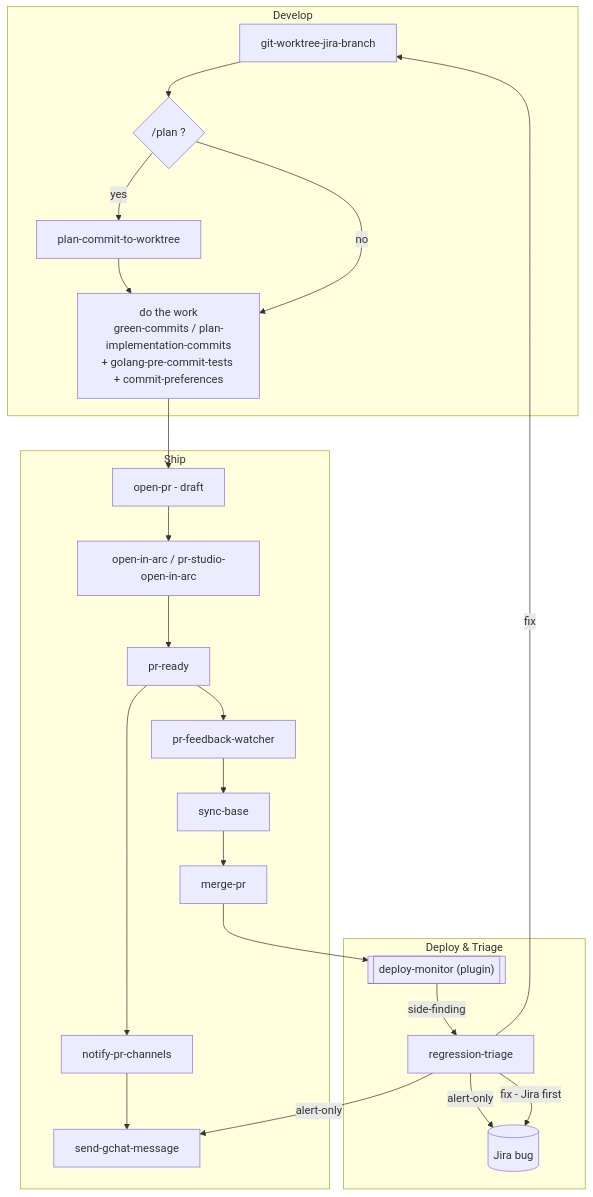
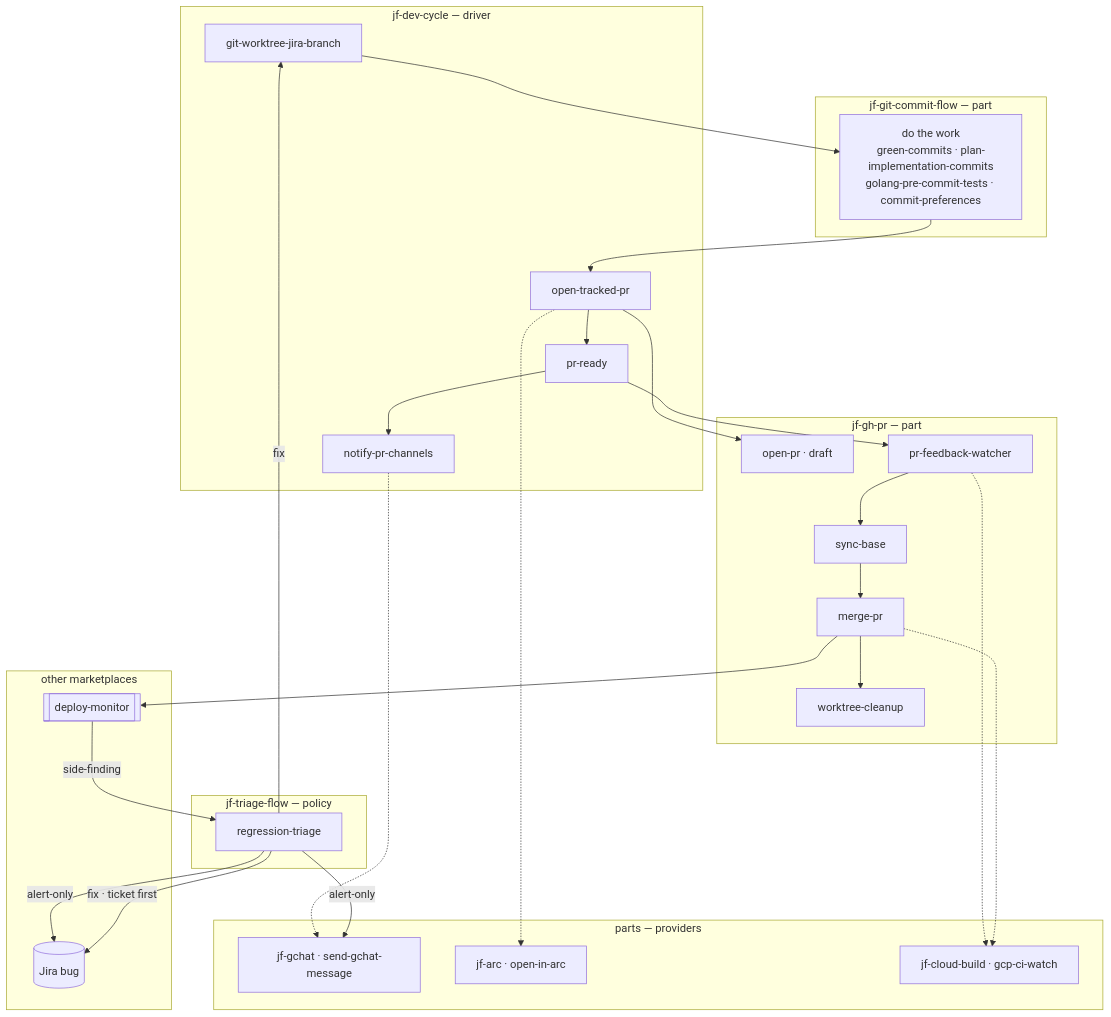
The diagram in claude/skills/README.md (benjfactor/dotfiles), drawn with Mermaid before and after one commit. The commit also changed other lines of this file and 1 other file, not shown here.

First line of the commit message:
docs(skills): describe the plugin layout and address skills by plugin

````diff
--- a/claude/skills/README.md
+++ b/claude/skills/README.md
@@ -31,37 +76,49 @@
 ```mermaid
 flowchart TD
-    subgraph Develop
+    subgraph driver["jf-dev-cycle — driver"]
         WT[git-worktree-jira-branch]
-        PLAN{"/plan ?"}
-        PCW[plan-commit-to-worktree]
-        WORK["do the work<br/>green-commits / plan-implementation-commits<br/>+ golang-pre-commit-tests + commit-preferences"]
-    end
-    subgraph Ship
-        DRAFT[open-pr - draft]
-        ARC[open-in-arc / pr-studio-open-in-arc]
+        TRACKED[open-tracked-pr]
         READY[pr-ready]
         NOTIFY[notify-pr-channels]
-        GCHAT[send-gchat-message]
+    end
+    subgraph commits["jf-git-commit-flow — part"]
+        WORK["do the work<br/>green-commits · plan-implementation-commits<br/>golang-pre-commit-tests · commit-preferences"]
+    end
+    subgraph ghpr["jf-gh-pr — part"]
+        DRAFT[open-pr · draft]
         FB[pr-feedback-watcher]
         SYNC[sync-base]
         MERGE[merge-pr]
+        CLEAN[worktree-cleanup]
     end
-    subgraph DeployTriage["Deploy & Triage"]
-        DM[["deploy-monitor (plugin)"]]
+    subgraph provs["parts — providers"]
+        GCHAT[jf-gchat · send-gchat-message]
+        ARC[jf-arc · open-in-arc]
+        CI[jf-cloud-build · gcp-ci-watch]
+    end
+    subgraph policy["jf-triage-flow — policy"]
         RT[regression-triage]
-        JIRA[(Jira bug)]
+    end
+    subgraph outside["other marketplaces"]
+        DM[["deploy-monitor"]]
+        TICKET[(Jira bug)]
     end
 
-    WT --> PLAN
-    PLAN -- yes --> PCW --> WORK
-    PLAN -- no --> WORK
-    WORK --> DRAFT --> ARC --> READY
-    READY --> NOTIFY --> GCHAT
+    WT --> WORK --> TRACKED
+    TRACKED --> DRAFT
+    TRACKED -.-> ARC
+    TRACKED --> READY
+    READY --> NOTIFY
+    NOTIFY -.-> GCHAT
     READY --> FB
-    FB --> SYNC --> MERGE --> DM
+    FB -.-> CI
+    FB --> SYNC --> MERGE
+    MERGE -.-> CI
+    MERGE --> CLEAN
+    MERGE --> DM
     DM -- side-finding --> RT
     RT -- alert-only --> GCHAT
-    RT -- alert-only --> JIRA
-    RT -- fix - Jira first --> JIRA
+    RT -- alert-only --> TICKET
+    RT -- fix · ticket first --> TICKET
     RT -- fix --> WT
 ```
````
